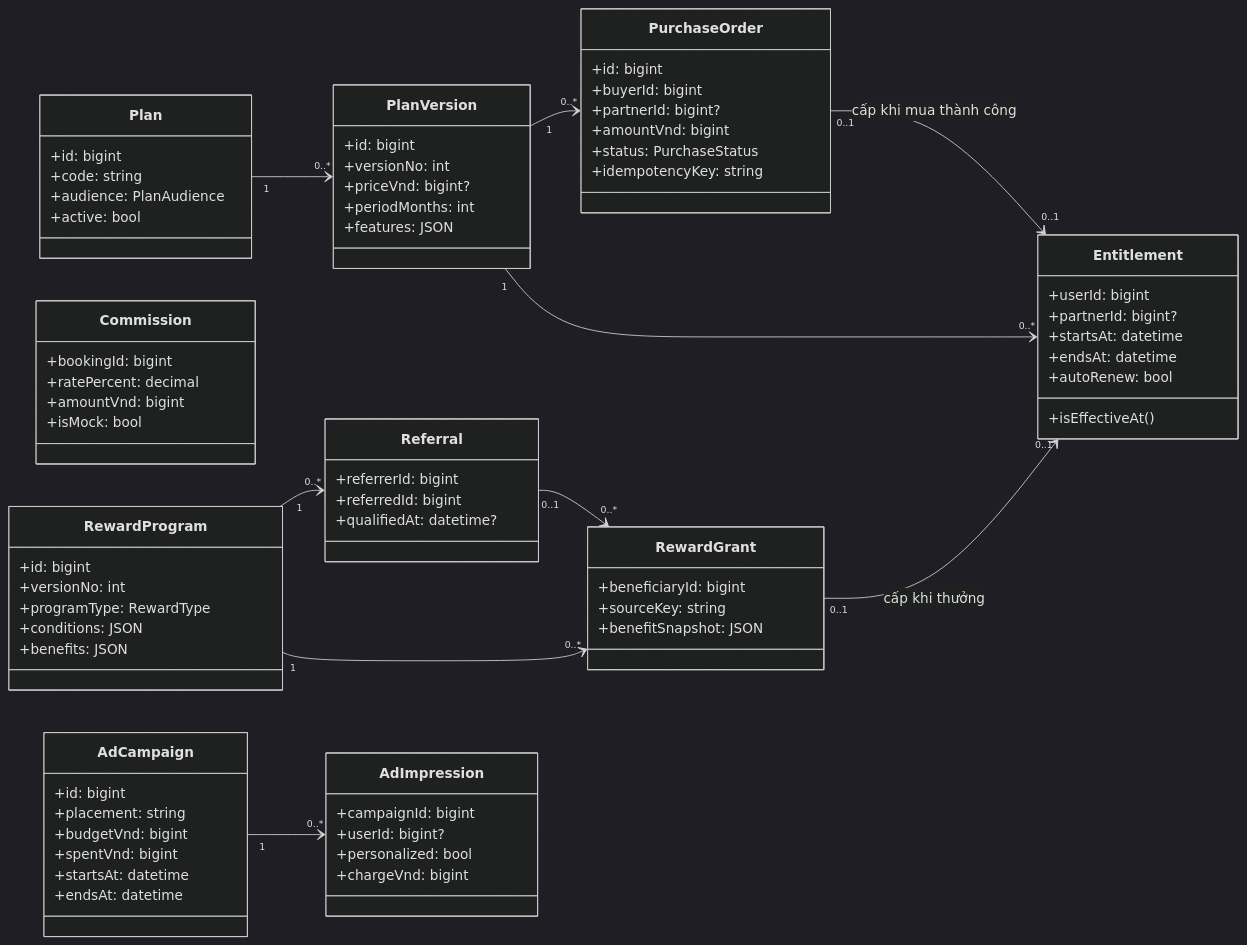
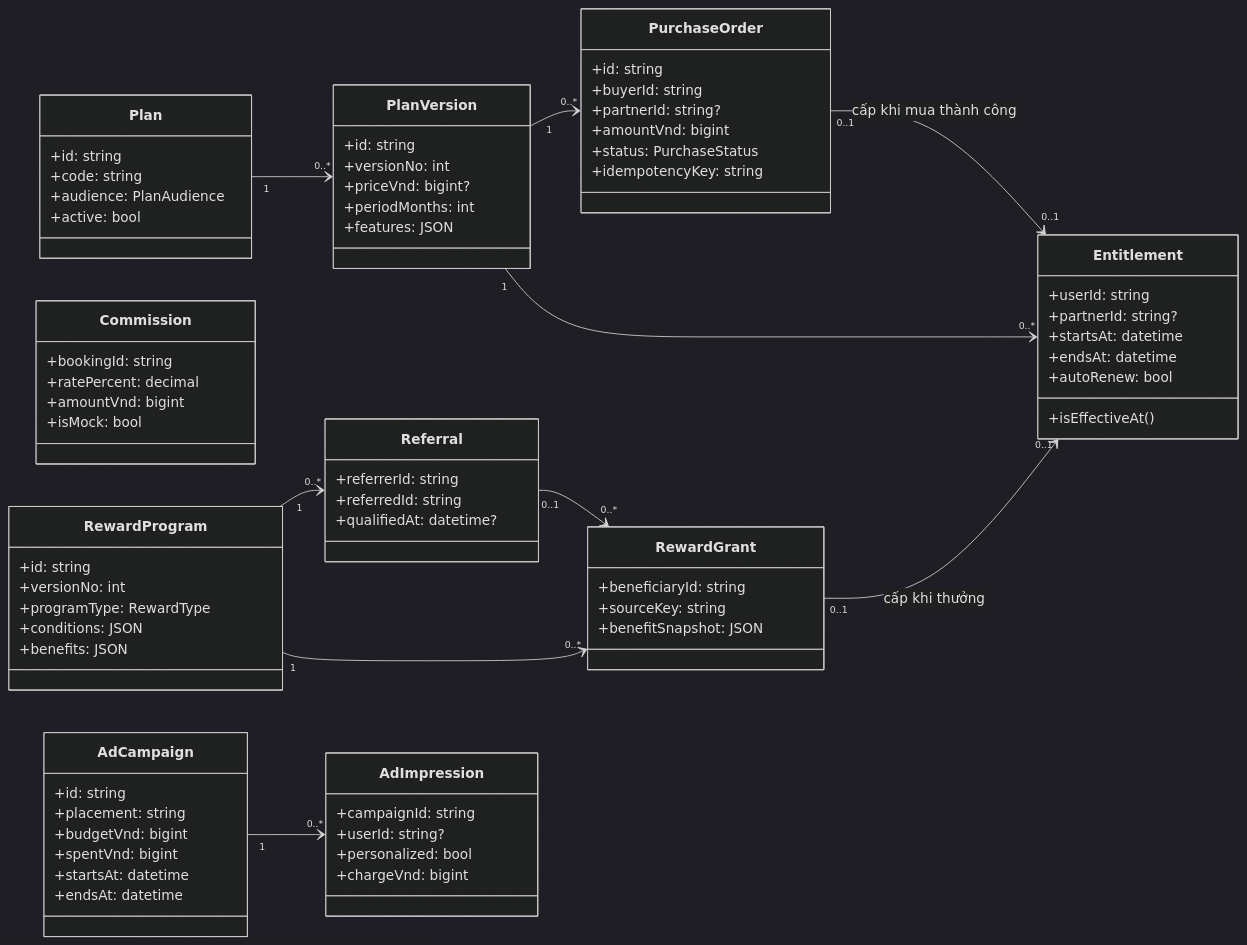
One commit to YangKlee/GiaLai-Travel changed the sixth of 7 diagrams in docs/srs/07-class-diagram.md. Above: the diagram before and after it, drawn with Mermaid (dark theme). The commit also changed other lines of this file and 4 other files, not shown here.

````diff
--- a/docs/srs/07-class-diagram.md
+++ b/docs/srs/07-class-diagram.md
@@ -380,79 +383,79 @@
 ```mermaid
 classDiagram
 direction LR
 class Plan {
-    +id: bigint
+    +id: string
     +code: string
     +audience: PlanAudience
     +active: bool
 }
 class PlanVersion {
-    +id: bigint
+    +id: string
     +versionNo: int
     +priceVnd: bigint?
     +periodMonths: int
     +features: JSON
 }
 class PurchaseOrder {
-    +id: bigint
-    +buyerId: bigint
-    +partnerId: bigint?
+    +id: string
+    +buyerId: string
+    +partnerId: string?
     +amountVnd: bigint
     +status: PurchaseStatus
     +idempotencyKey: string
 }
 class Commission {
-    +bookingId: bigint
+    +bookingId: string
     +ratePercent: decimal
     +amountVnd: bigint
     +isMock: bool
 }
 class RewardProgram {
-    +id: bigint
+    +id: string
     +versionNo: int
     +programType: RewardType
     +conditions: JSON
     +benefits: JSON
 }
 class Referral {
-    +referrerId: bigint
-    +referredId: bigint
+    +referrerId: string
+    +referredId: string
     +qualifiedAt: datetime?
 }
 class RewardGrant {
-    +beneficiaryId: bigint
+    +beneficiaryId: string
     +sourceKey: string
     +benefitSnapshot: JSON
 }
 class Entitlement {
-    +userId: bigint
-    +partnerId: bigint?
+    +userId: string
+    +partnerId: string?
     +startsAt: datetime
     +endsAt: datetime
     +autoRenew: bool
     +isEffectiveAt()
 }
 class AdCampaign {
-    +id: bigint
+    +id: string
     +placement: string
     +budgetVnd: bigint
     +spentVnd: bigint
     +startsAt: datetime
     +endsAt: datetime
 }
 class AdImpression {
-    +campaignId: bigint
-    +userId: bigint?
+    +campaignId: string
+    +userId: string?
     +personalized: bool
     +chargeVnd: bigint
 }
 Plan "1" --> "0..*" PlanVersion
 PlanVersion "1" --> "0..*" PurchaseOrder
 PlanVersion "1" --> "0..*" Entitlement
 PurchaseOrder "0..1" --> "0..1" Entitlement : cấp khi mua thành công
 RewardProgram "1" --> "0..*" Referral
 RewardProgram "1" --> "0..*" RewardGrant
 Referral "0..1" --> "0..*" RewardGrant
 RewardGrant "0..1" --> "0..1" Entitlement : cấp khi thưởng
 AdCampaign "1" --> "0..*" AdImpression
 ```
````
